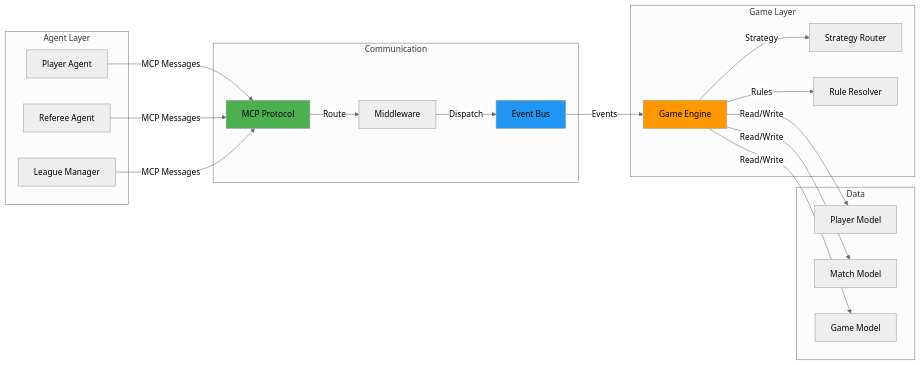
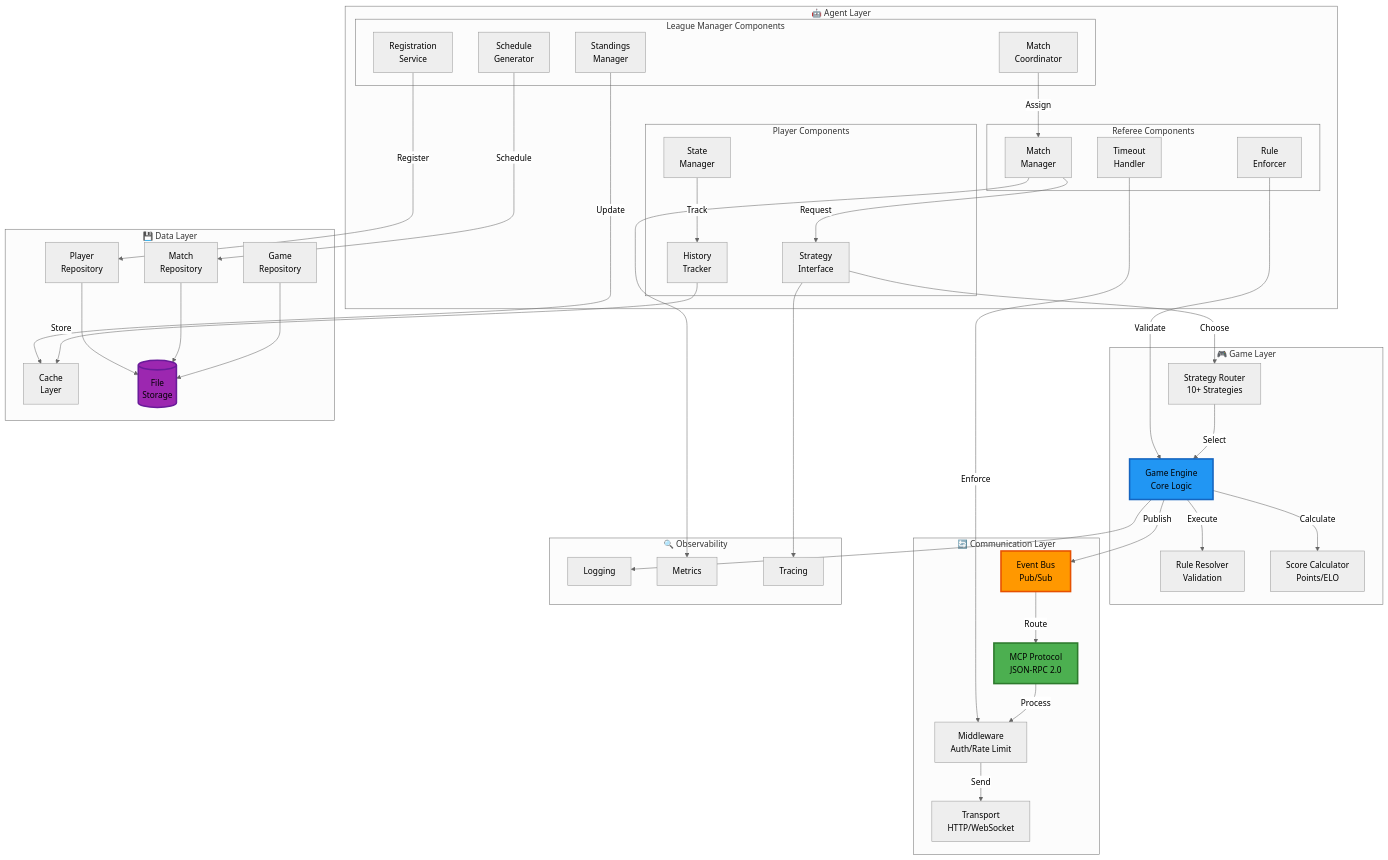
The eighth of 17 diagrams in README.md (fouada/Assignment7_mcp-multi-agent-game), drawn with Mermaid (neutral theme) before and after one commit. The commit also changed other lines of this file and 9 other files, not shown here.

````diff
--- a/README.md
+++ b/README.md
@@ -338,45 +627,86 @@
 ```mermaid
-graph LR
-    subgraph "Agent Layer"
-        PA[Player Agent]
-        RA[Referee Agent]
-        LMA[League Manager]
+graph TB
+    subgraph "🤖 Agent Layer"
+        subgraph "League Manager Components"
+            LM_REG[Registration<br/>Service]
+            LM_SCHED[Schedule<br/>Generator]
+            LM_COORD[Match<br/>Coordinator]
+            LM_STAND[Standings<br/>Manager]
+        end
+        
+        subgraph "Referee Components"
+            RA_MATCH[Match<br/>Manager]
+            RA_RULES[Rule<br/>Enforcer]
+            RA_TIMER[Timeout<br/>Handler]
+        end
+        
+        subgraph "Player Components"
+            PA_STRAT[Strategy<br/>Interface]
+            PA_STATE[State<br/>Manager]
+            PA_HIST[History<br/>Tracker]
+        end
     end
     
-    subgraph "Game Layer"
-        GE[Game Engine]
-        SR[Strategy Router]
-        RR[Rule Resolver]
+    subgraph "🎮 Game Layer"
+        GE[Game Engine<br/>Core Logic]
+        SR[Strategy Router<br/>10+ Strategies]
+        RR[Rule Resolver<br/>Validation]
+        SC[Score Calculator<br/>Points/ELO]
     end
     
-    subgraph "Communication"
-        MCP[MCP Protocol]
-        EB[Event Bus]
-        MW[Middleware]
+    subgraph "🔄 Communication Layer"
+        MCP[MCP Protocol<br/>JSON-RPC 2.0]
+        EB[Event Bus<br/>Pub/Sub]
+        MW[Middleware<br/>Auth/Rate Limit]
+        TRANS[Transport<br/>HTTP/WebSocket]
     end
     
-    subgraph "Data"
-        PM[Player Model]
-        MM[Match Model]
-        GM[Game Model]
+    subgraph "💾 Data Layer"
+        PLAYER_REPO[Player<br/>Repository]
+        MATCH_REPO[Match<br/>Repository]
+        GAME_REPO[Game<br/>Repository]
+        CACHE[Cache<br/>Layer]
+        FILES[(File<br/>Storage)]
     end
     
-    PA -->|MCP Messages| MCP
-    RA -->|MCP Messages| MCP
-    LMA -->|MCP Messages| MCP
+    subgraph "🔍 Observability"
+        LOG[Logging]
+        MET[Metrics]
+        TRACE[Tracing]
+    end
     
-    MCP -->|Route| MW
-    MW -->|Dispatch| EB
+    LM_REG -->|Register| PLAYER_REPO
+    LM_SCHED -->|Schedule| MATCH_REPO
+    LM_COORD -->|Assign| RA_MATCH
+    LM_STAND -->|Update| CACHE
     
-    EB -->|Events| GE
-    GE -->|Strategy| SR
-    GE -->|Rules| RR
+    RA_MATCH -->|Request| PA_STRAT
+    RA_RULES -->|Validate| GE
+    RA_TIMER -->|Enforce| MW
     
-    GE -->|Read/Write| PM
-    GE -->|Read/Write| MM
-    GE -->|Read/Write| GM
+    PA_STRAT -->|Choose| SR
+    PA_STATE -->|Track| PA_HIST
+    PA_HIST -->|Store| CACHE
     
-    style MCP fill:#4CAF50
-    style EB fill:#2196F3
-    style GE fill:#FF9800
+    GE -->|Execute| RR
+    GE -->|Calculate| SC
+    SR -->|Select| GE
+    
+    GE -->|Publish| EB
+    EB -->|Route| MCP
+    MCP -->|Process| MW
+    MW -->|Send| TRANS
+    
+    PLAYER_REPO --> FILES
+    MATCH_REPO --> FILES
+    GAME_REPO --> FILES
+    
+    GE --> LOG
+    RA_MATCH --> MET
+    PA_STRAT --> TRACE
+    
+    style GE fill:#2196F3,stroke:#1565C0,stroke-width:3px
+    style EB fill:#FF9800,stroke:#E65100,stroke-width:3px
+    style MCP fill:#4CAF50,stroke:#2d7a2d,stroke-width:3px
+    style FILES fill:#9C27B0,stroke:#6A1B9A,stroke-width:3px
 ```
````
